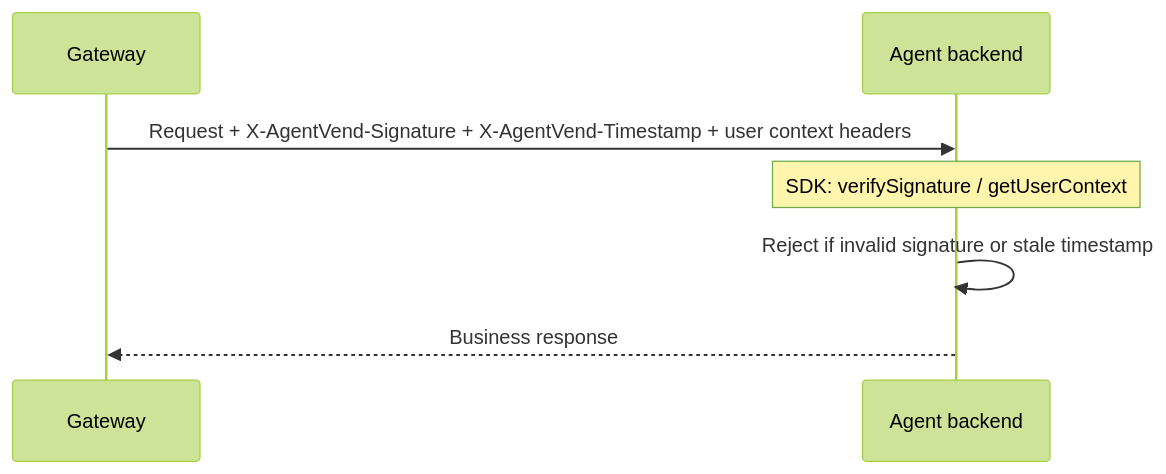
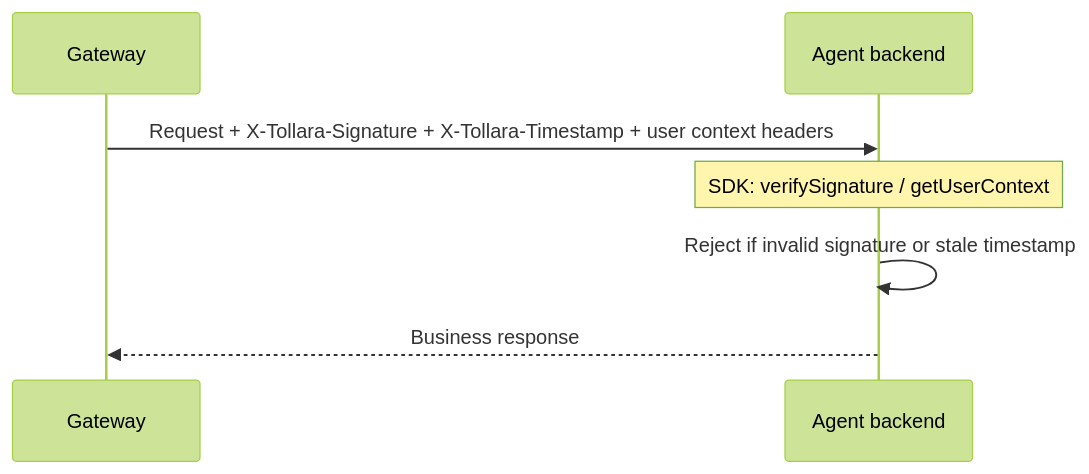
The fifth of 8 diagrams in docs/sdk-callers-and-backends.md (tollara/tollara-sdk), drawn with Mermaid (forest theme) before and after one commit. The commit also changed other lines of this file and 205 other files, not shown here.

````diff
--- a/docs/sdk-callers-and-backends.md
+++ b/docs/sdk-callers-and-backends.md
@@ -147,10 +147,10 @@
 ```mermaid
 sequenceDiagram
   participant GW as Gateway
   participant Agent as Agent backend
 
-  GW->>Agent: Request + X-AgentVend-Signature + X-AgentVend-Timestamp + user context headers
+  GW->>Agent: Request + X-Tollara-Signature + X-Tollara-Timestamp + user context headers
   Note over Agent: SDK: verifySignature / getUserContext
   Agent->>Agent: Reject if invalid signature or stale timestamp
   Agent-->>GW: Business response
 ```
````
